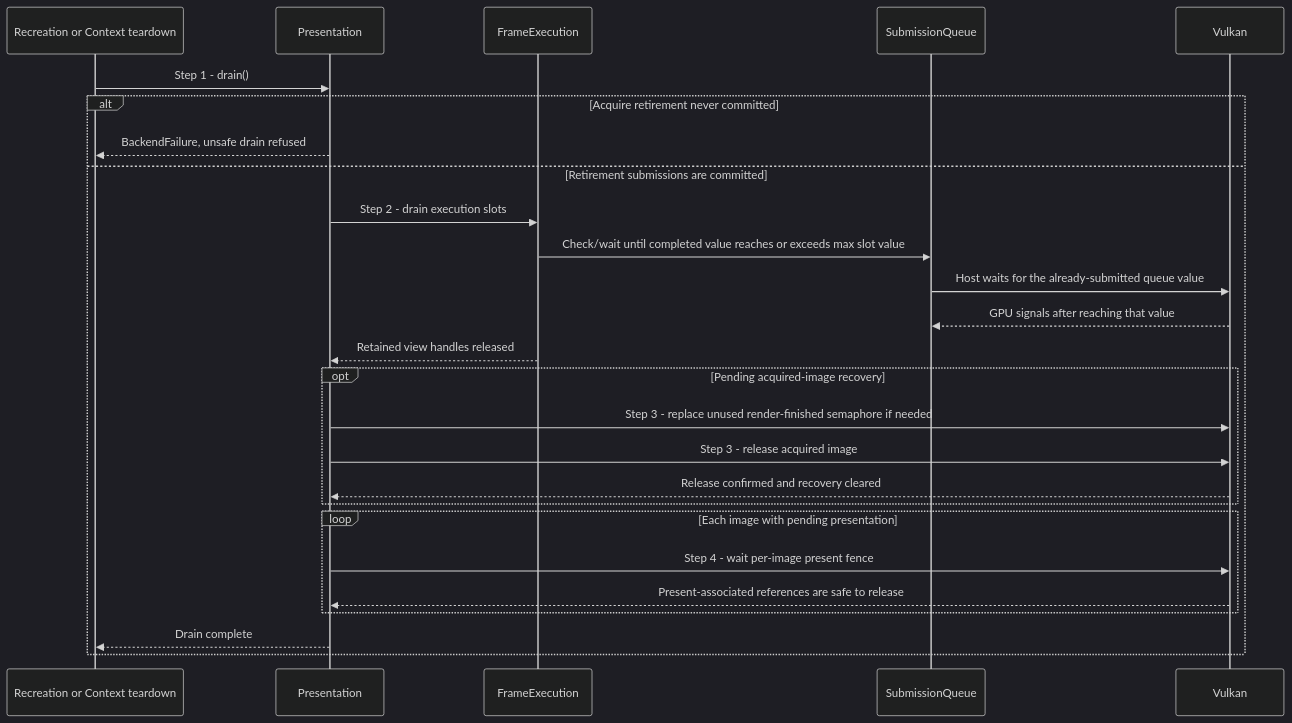
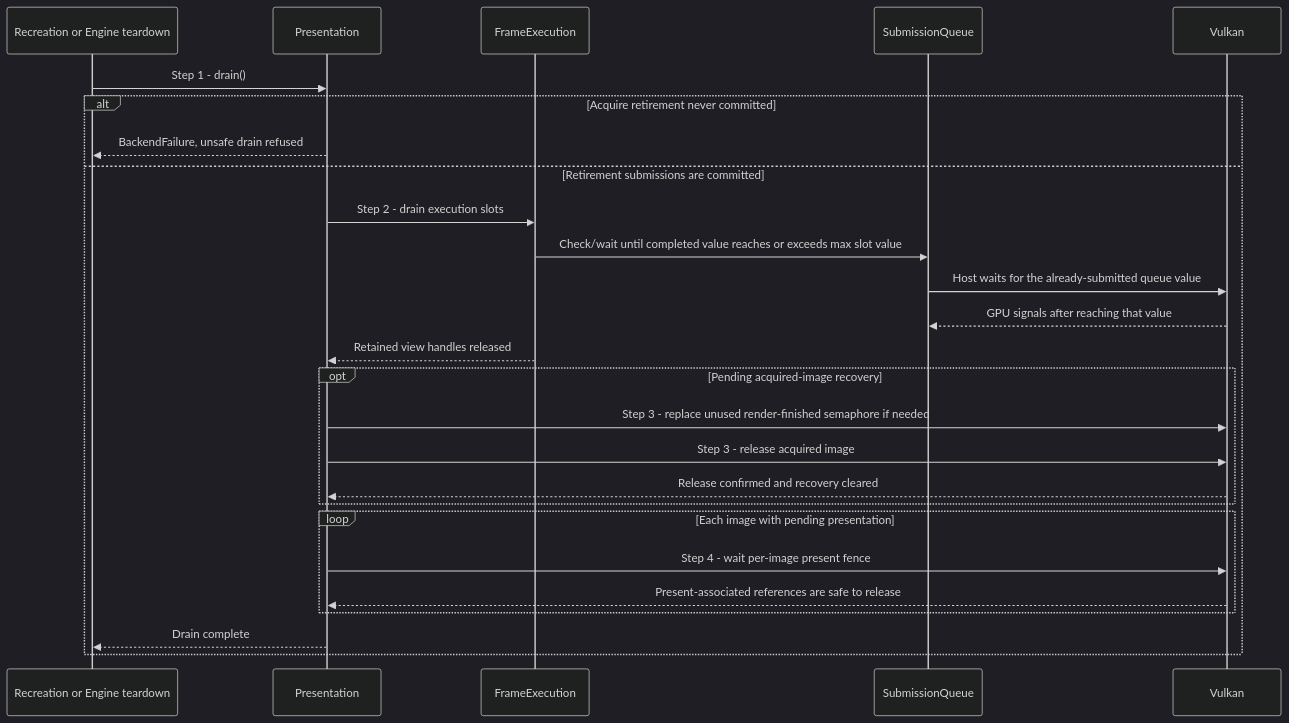
The diagram in docs/use-cases/drain-presentation.md (a-soltysik/Panda), drawn with Mermaid (dark theme) before and after one commit. The commit also changed other lines of this file and 158 other files, not shown here.

Commit message:
Refactor Vulkan Context API to Engine (#120)

````diff
--- a/docs/use-cases/drain-presentation.md
+++ b/docs/use-cases/drain-presentation.md
@@ -31,28 +31,28 @@
 ```mermaid
 sequenceDiagram
-    participant R as Recreation or Context teardown
+    participant R as Recreation or Engine teardown
     participant P as Presentation
     participant E as FrameExecution
     participant Q as SubmissionQueue
     participant V as Vulkan
     R->>P: Step 1 - drain()
     alt Acquire retirement never committed
         P-->>R: BackendFailure, unsafe drain refused
     else Retirement submissions are committed
         P->>E: Step 2 - drain execution slots
         E->>Q: Check/wait until completed value reaches or exceeds max slot value
         Q->>V: Host waits for the already-submitted queue value
         V-->>Q: GPU signals after reaching that value
         E-->>P: Retained view handles released
         opt Pending acquired-image recovery
             P->>V: Step 3 - replace unused render-finished semaphore if needed
             P->>V: Step 3 - release acquired image
             V-->>P: Release confirmed and recovery cleared
         end
         loop Each image with pending presentation
             P->>V: Step 4 - wait per-image present fence
             V-->>P: Present-associated references are safe to release
         end
         P-->>R: Drain complete
     end
 ```
````
